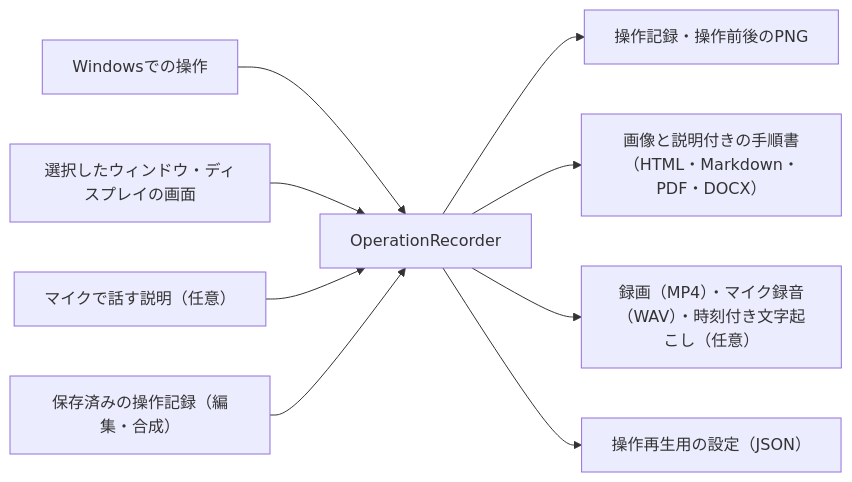
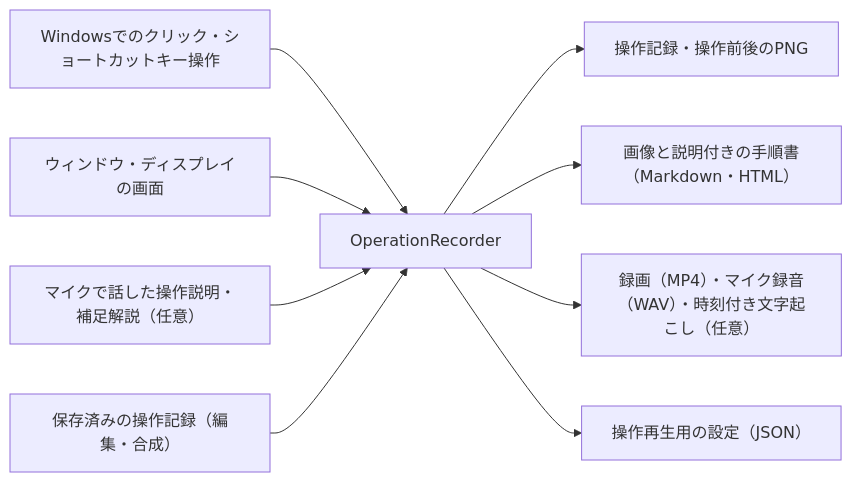
The diagram in README.md (KotorinChunChun/OperationRecorder), drawn with Mermaid before and after one commit. The commit also changed other lines of this file, not shown here.

````diff
--- a/README.md
+++ b/README.md
@@ -7,11 +11,11 @@
 ```mermaid
 flowchart LR
-    A["Windowsでの操作"] --> R["OperationRecorder"]
-    B["選択したウィンドウ・ディスプレイの画面"] --> R
-    C["マイクで話す説明（任意）"] --> R
+    A["Windowsでのクリック・ショートカットキー操作"] --> R["OperationRecorder"]
+    B["ウィンドウ・ディスプレイの画面"] --> R
+    C["マイクで話した操作説明・補足解説（任意）"] --> R
     D["保存済みの操作記録（編集・合成）"] --> R
     R --> E["操作記録・操作前後のPNG"]
-    R --> F["画像と説明付きの手順書（HTML・Markdown・PDF・DOCX）"]
+    R --> F["画像と説明付きの手順書（Markdown・HTML）"]
     R --> G["録画（MP4）・マイク録音（WAV）・時刻付き文字起こし（任意）"]
     R --> H["操作再生用の設定（JSON）"]
 ```
````
